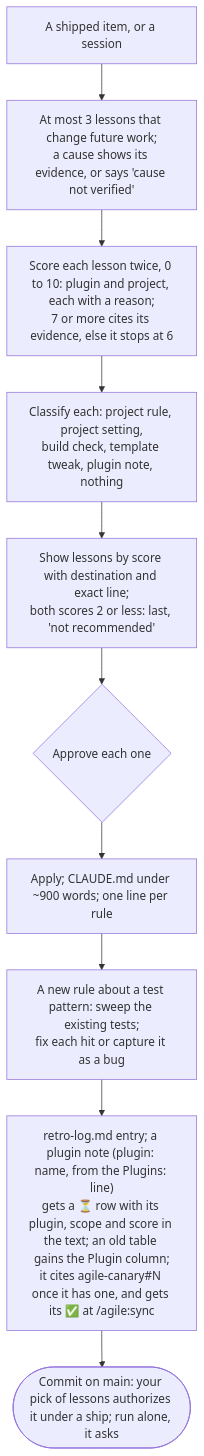
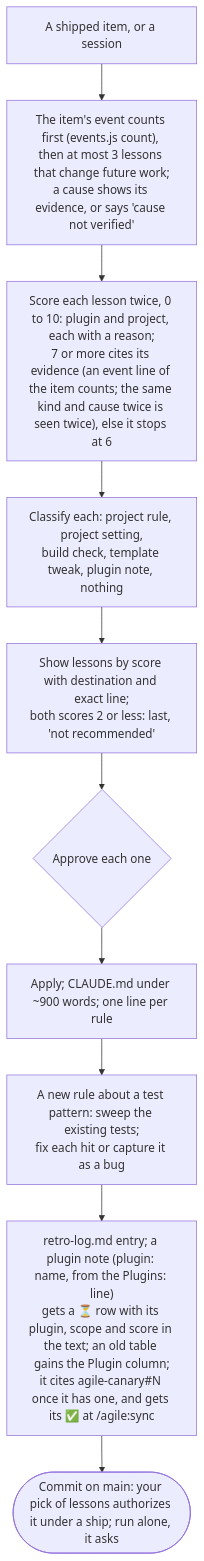
One commit to alexcanario/simulab changed diagram 14 of 21 in docs/agile/workflow.md. Above: the diagram before and after it, drawn with Mermaid. The commit also changed other lines of this file and 10 other files, not shown here.

````diff
--- a/docs/agile/workflow.md
+++ b/docs/agile/workflow.md
@@ -946,12 +970,12 @@
 ```mermaid
 flowchart TD
-    A["A shipped item, or a session"] --> B["At most 3 lessons that change future work;<br/>a cause shows its evidence, or says 'cause not verified'"]
-    B --> B2["Score each lesson twice, 0 to 10: plugin and project, each with a reason;<br/>7 or more cites its evidence, else it stops at 6"]
+    A["A shipped item, or a session"] --> B["The item's event counts first (events.js count), then at most 3 lessons that change future work;<br/>a cause shows its evidence, or says 'cause not verified'"]
+    B --> B2["Score each lesson twice, 0 to 10: plugin and project, each with a reason;<br/>7 or more cites its evidence (an event line of the item counts; the same kind and cause twice is seen twice), else it stops at 6"]
     B2 --> C["Classify each: project rule, project setting,<br/>build check, template tweak, plugin note, nothing"]
     C --> D["Show lessons by score with destination and exact line;<br/>both scores 2 or less: last, 'not recommended'"]
     D --> E{"Approve each one"}
     E --> F["Apply; CLAUDE.md under ~900 words; one line per rule"]
     F --> F2["A new rule about a test pattern: sweep the existing tests;<br/>fix each hit or capture it as a bug"]
     F2 --> G["retro-log.md entry; a plugin note (plugin: name, from the Plugins: line)<br/>gets a ⏳ row with its plugin, scope and score in the text; an old table gains the Plugin column;<br/>it cites agile-canary#N once it has one, and gets its ✅ at /agile:sync"]
     G --> H(["Commit on main: your pick of lessons authorizes it under a ship; run alone, it asks"])
 ```
````
